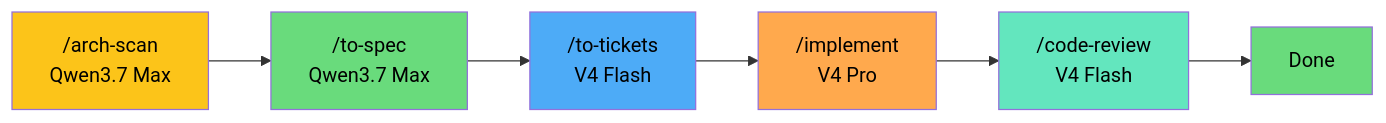
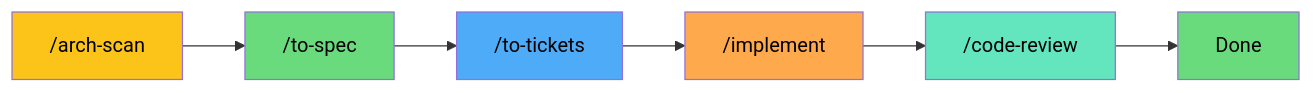
One commit to elisharkray1030/ai-coding-workflow changed the fourth of 12 diagrams in README.md. Above: the diagram before and after it, drawn with Mermaid. The commit also changed other lines of this file, not shown here.

First line of the commit message:
refactor: Flash-first routing with per-use-case escalation

````diff
--- a/README.md
+++ b/README.md
@@ -96,21 +117,21 @@
 ```mermaid
 graph LR
-    AS[ /arch-scan<br/>Qwen3.7 Max] --> SP[ /to-spec<br/>Qwen3.7 Max]
-    SP --> TK[ /to-tickets<br/>V4 Flash]
-    TK --> IM[ /implement<br/>V4 Pro]
-    IM --> CR[ /code-review<br/>V4 Flash]
+    AS[ /arch-scan] --> SP[ /to-spec]
+    SP --> TK[ /to-tickets]
+    TK --> IM[ /implement]
+    IM --> CR[ /code-review]
     CR --> DN[Done]
 
     classDef yellow fill:#fcc419,color:#000
     classDef green fill:#69db7c,color:#000
     classDef blue fill:#4dabf7,color:#000
     classDef orange fill:#ffa94d,color:#000
     classDef teal fill:#63e6be,color:#000
 
     class AS yellow
     class SP green
     class TK blue
     class IM orange
     class CR teal
     class DN green
 ```
````
